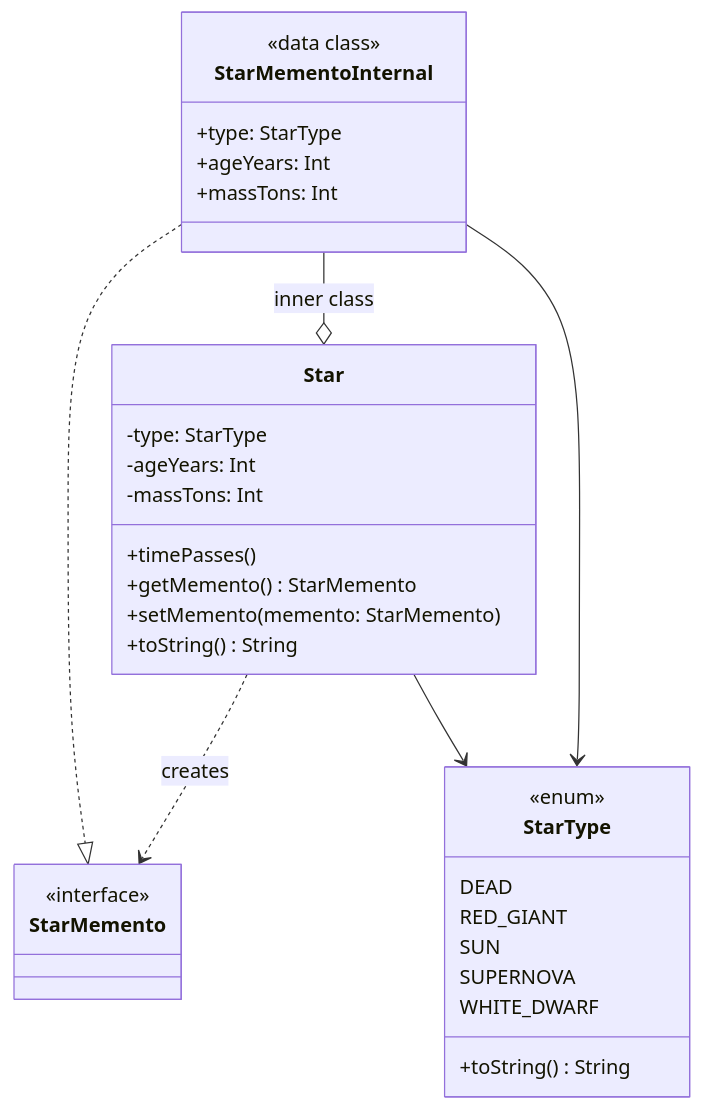
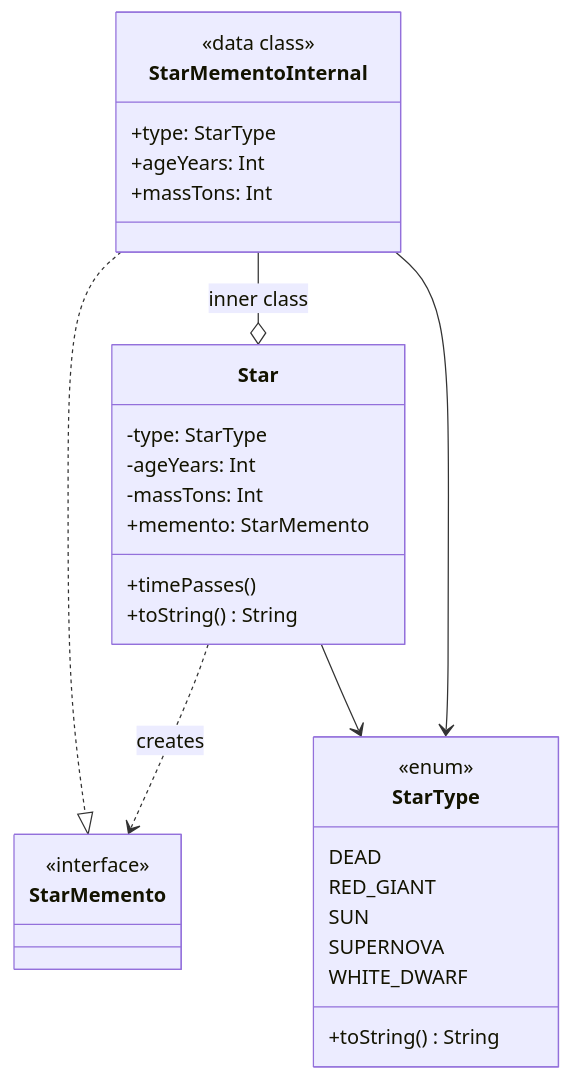
Before and after one commit to yonatankarp/kotlin-design-patterns: the second of 2 diagrams in memento/README.md, drawn with Mermaid. The commit also changed other lines of this file, not shown here.

Commit message:
Update README diagrams to reflect property-based memento API

````diff
--- a/memento/README.md
+++ b/memento/README.md
@@ -183,36 +183,35 @@
 ```mermaid
 classDiagram
     class StarMemento {
         <<interface>>
     }
     class Star {
         -type: StarType
         -ageYears: Int
         -massTons: Int
         +timePasses()
-        +getMemento() StarMemento
-        +setMemento(memento: StarMemento)
+        +memento: StarMemento
         +toString() String
     }
     class StarMementoInternal {
         <<data class>>
         +type: StarType
         +ageYears: Int
         +massTons: Int
     }
     class StarType {
         <<enum>>
         DEAD
         RED_GIANT
         SUN
         SUPERNOVA
         WHITE_DWARF
         +toString() String
     }
 
     Star ..> StarMemento : creates
     Star --> StarType
     StarMementoInternal ..|> StarMemento
     StarMementoInternal --o Star : inner class
     StarMementoInternal --> StarType
 ```
````
